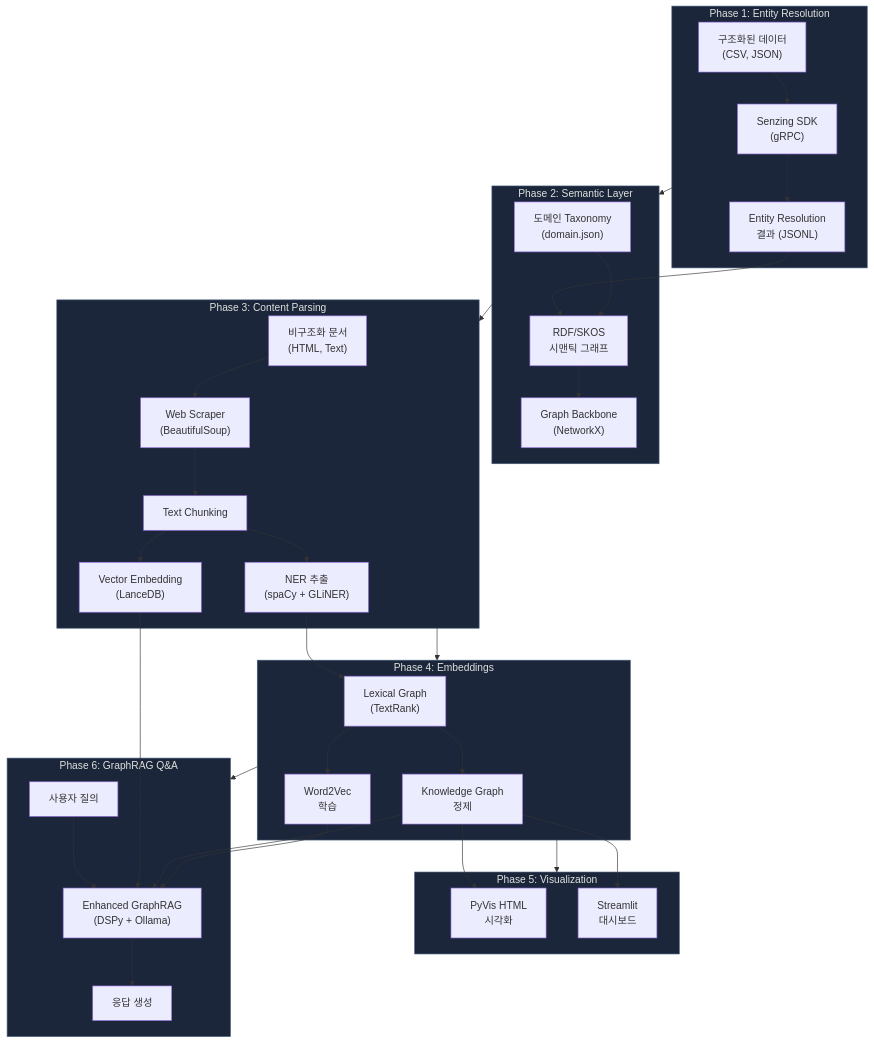
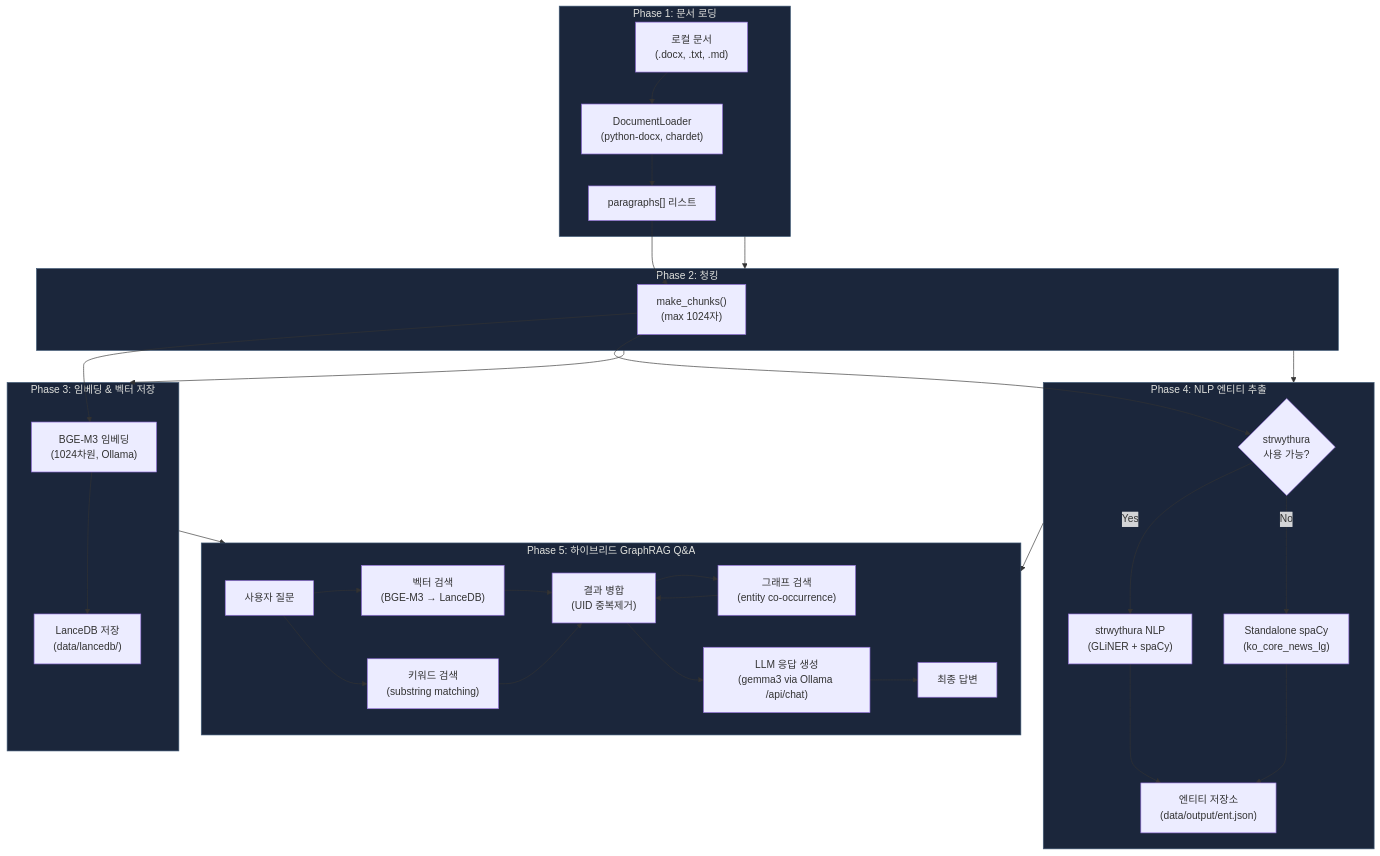
Before and after one commit to laurus-kpa007/GraphRAG-Senzing: the third of 7 diagrams in docs/01_project_structure_and_flow.md, drawn with Mermaid. The commit also changed other lines of this file and 4 other files, not shown here.

````diff
--- a/docs/01_project_structure_and_flow.md
+++ b/docs/01_project_structure_and_flow.md
@@ -192,69 +174,59 @@
 ```mermaid
 flowchart TB
-    subgraph PHASE1["Phase 1: Entity Resolution"]
-        ER_IN["구조화된 데이터<br/>(CSV, JSON)"]
-        SZ["Senzing SDK<br/>(gRPC)"]
-        ER_OUT["Entity Resolution<br/>결과 (JSONL)"]
-        ER_IN --> SZ --> ER_OUT
+    subgraph PHASE1["Phase 1: 문서 로딩"]
+        INPUT["로컬 문서<br/>(.docx, .txt, .md)"]
+        LOADER["DocumentLoader<br/>(python-docx, chardet)"]
+        PARAS["paragraphs[] 리스트"]
+        INPUT --> LOADER --> PARAS
     end
 
-    subgraph PHASE2["Phase 2: Semantic Layer"]
-        TAXO["도메인 Taxonomy<br/>(domain.json)"]
-        RDF["RDF/SKOS<br/>시맨틱 그래프"]
-        BACKBONE["Graph Backbone<br/>(NetworkX)"]
-        ER_OUT --> RDF
-        TAXO --> RDF
-        RDF --> BACKBONE
+    subgraph PHASE2["Phase 2: 청킹"]
+        CHUNK["make_chunks()<br/>(max 1024자)"]
+        PARAS --> CHUNK
     end
 
-    subgraph PHASE3["Phase 3: Content Parsing"]
-        DOCS["비구조화 문서<br/>(HTML, Text)"]
-        SCRAPE["Web Scraper<br/>(BeautifulSoup)"]
-        CHUNK["Text Chunking"]
-        NER["NER 추출<br/>(spaCy + GLiNER)"]
-        VECT["Vector Embedding<br/>(LanceDB)"]
-        DOCS --> SCRAPE --> CHUNK
-        CHUNK --> NER
-        CHUNK --> VECT
+    subgraph PHASE3["Phase 3: 임베딩 & 벡터 저장"]
+        BGE["BGE-M3 임베딩<br/>(1024차원, Ollama)"]
+        LANCE["LanceDB 저장<br/>(data/lancedb/)"]
+        CHUNK --> BGE --> LANCE
     end
 
-    subgraph PHASE4["Phase 4: Embeddings"]
-        LEXG["Lexical Graph<br/>(TextRank)"]
-        W2V["Word2Vec<br/>학습"]
-        DISTILL["Knowledge Graph<br/>정제"]
-        NER --> LEXG
-        LEXG --> DISTILL
-        LEXG --> W2V
+    subgraph PHASE4["Phase 4: NLP 엔티티 추출"]
+        STRW{"strwythura<br/>사용 가능?"}
+        STRW_NLP["strwythura NLP<br/>(GLiNER + spaCy)"]
+        SPACY_NLP["Standalone spaCy<br/>(ko_core_news_lg)"]
+        ENT_STORE["엔티티 저장소<br/>(data/output/ent.json)"]
+        CHUNK --> STRW
+        STRW -->|Yes| STRW_NLP --> ENT_STORE
+        STRW -->|No| SPACY_NLP --> ENT_STORE
     end
 
-    subgraph PHASE5["Phase 5: Visualization"]
-        PYVIS["PyVis HTML<br/>시각화"]
-        STREAM["Streamlit<br/>대시보드"]
-        DISTILL --> PYVIS
-        DISTILL --> STREAM
-    end
+    subgraph PHASE5["Phase 5: 하이브리드 GraphRAG Q&A"]
+        QUERY["사용자 질문"]
+        VEC_SEARCH["벡터 검색<br/>(BGE-M3 → LanceDB)"]
+        KW_SEARCH["키워드 검색<br/>(substring matching)"]
+        GRAPH_SEARCH["그래프 검색<br/>(entity co-occurrence)"]
+        MERGE["결과 병합<br/>(UID 중복제거)"]
+        LLM["LLM 응답 생성<br/>(gemma3 via Ollama /api/chat)"]
+        ANSWER["최종 답변"]
 
-    subgraph PHASE6["Phase 6: GraphRAG Q&A"]
-        QUERY["사용자 질의"]
-        ERRAG["Enhanced GraphRAG<br/>(DSPy + Ollama)"]
-        ANSWER["응답 생성"]
-        QUERY --> ERRAG
-        VECT --> ERRAG
-        DISTILL --> ERRAG
-        W2V --> ERRAG
-        ERRAG --> ANSWER
+        QUERY --> VEC_SEARCH
+        QUERY --> KW_SEARCH
+        VEC_SEARCH --> MERGE
+        KW_SEARCH --> MERGE
+        MERGE --> GRAPH_SEARCH --> MERGE
+        MERGE --> LLM --> ANSWER
     end
 
     PHASE1 --> PHASE2
     PHASE2 --> PHASE3
-    PHASE3 --> PHASE4
+    PHASE2 --> PHASE4
+    PHASE3 --> PHASE5
     PHASE4 --> PHASE5
-    PHASE4 --> PHASE6
 
     style PHASE1 fill:#1b263b,stroke:#415a77,color:#e0e1dd
     style PHASE2 fill:#1b263b,stroke:#415a77,color:#e0e1dd
     style PHASE3 fill:#1b263b,stroke:#415a77,color:#e0e1dd
     style PHASE4 fill:#1b263b,stroke:#415a77,color:#e0e1dd
     style PHASE5 fill:#1b263b,stroke:#415a77,color:#e0e1dd
-    style PHASE6 fill:#1b263b,stroke:#415a77,color:#e0e1dd
 ```
````
